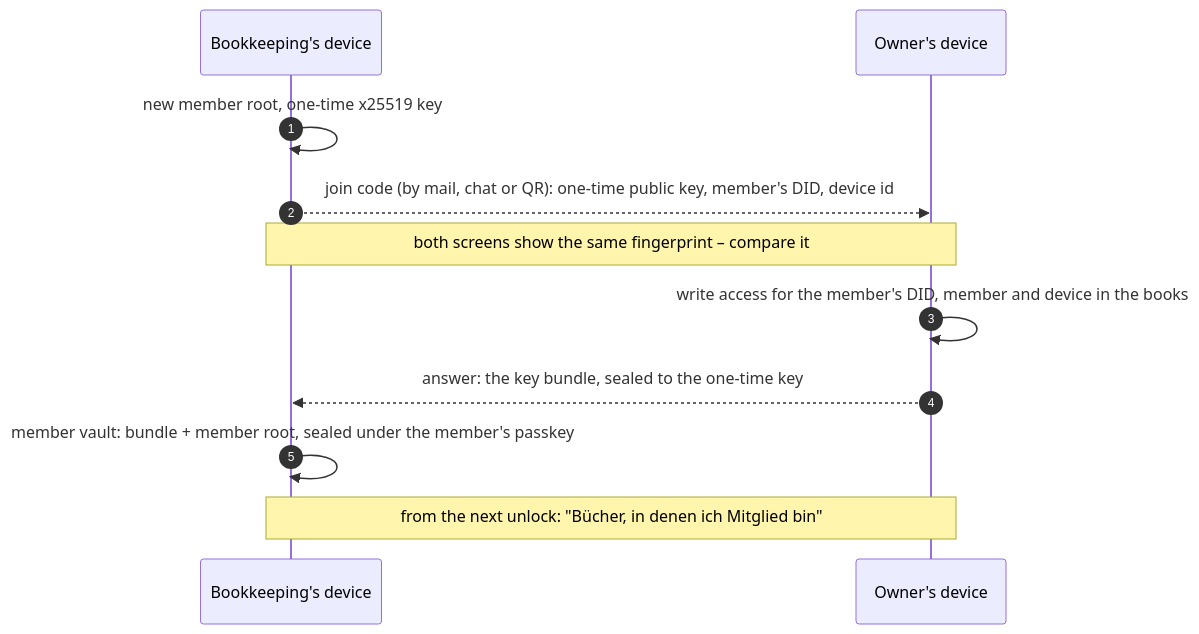
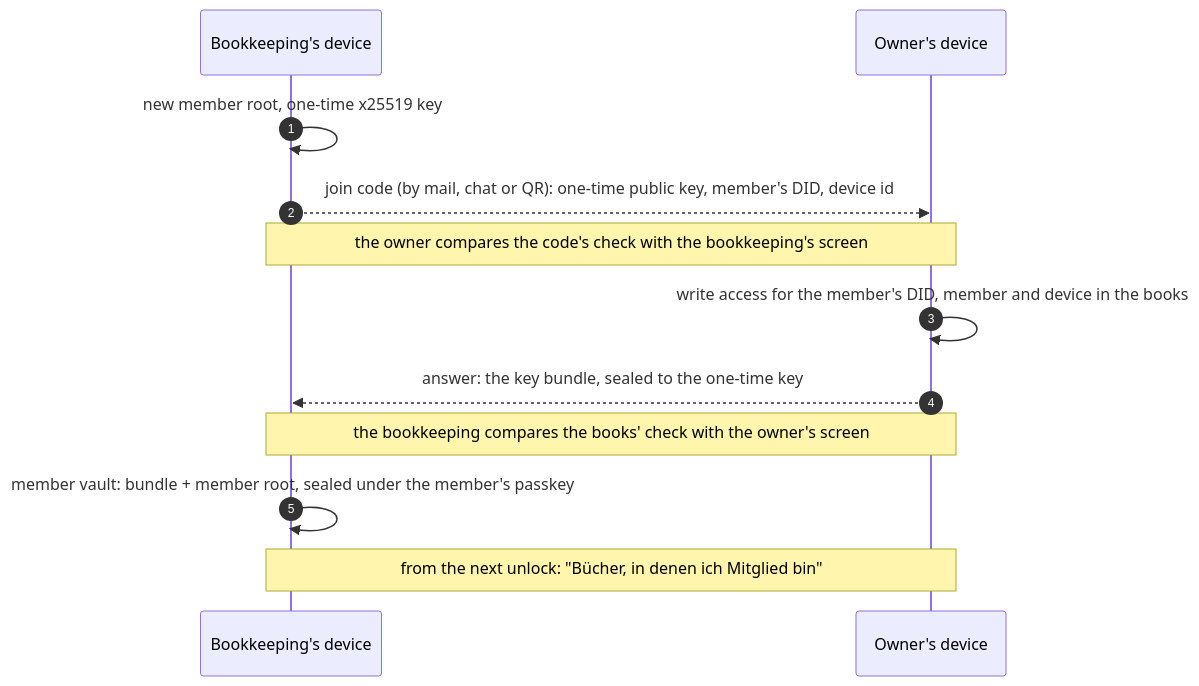
Before and after one commit to Le-Space/belege: the diagram in docs/keys.md, drawn with Mermaid. The commit also changed other lines of this file and 5 other files, not shown here.

````diff
--- a/docs/keys.md
+++ b/docs/keys.md
@@ -103,13 +103,14 @@
 ```mermaid
 sequenceDiagram
     autonumber
     participant M as Bookkeeping's device
     participant O as Owner's device
     M->>M: new member root, one-time x25519 key
     M-->>O: join code (by mail, chat or QR): one-time public key, member's DID, device id
-    Note over M,O: both screens show the same fingerprint – compare it
+    Note over M,O: the owner compares the code's check with the bookkeeping's screen
     O->>O: write access for the member's DID, member and device in the books
     O-->>M: answer: the key bundle, sealed to the one-time key
+    Note over M,O: the bookkeeping compares the books' check with the owner's screen
     M->>M: member vault: bundle + member root, sealed under the member's passkey
     Note over M,O: from the next unlock: "Bücher, in denen ich Mitglied bin"
 ```
````
